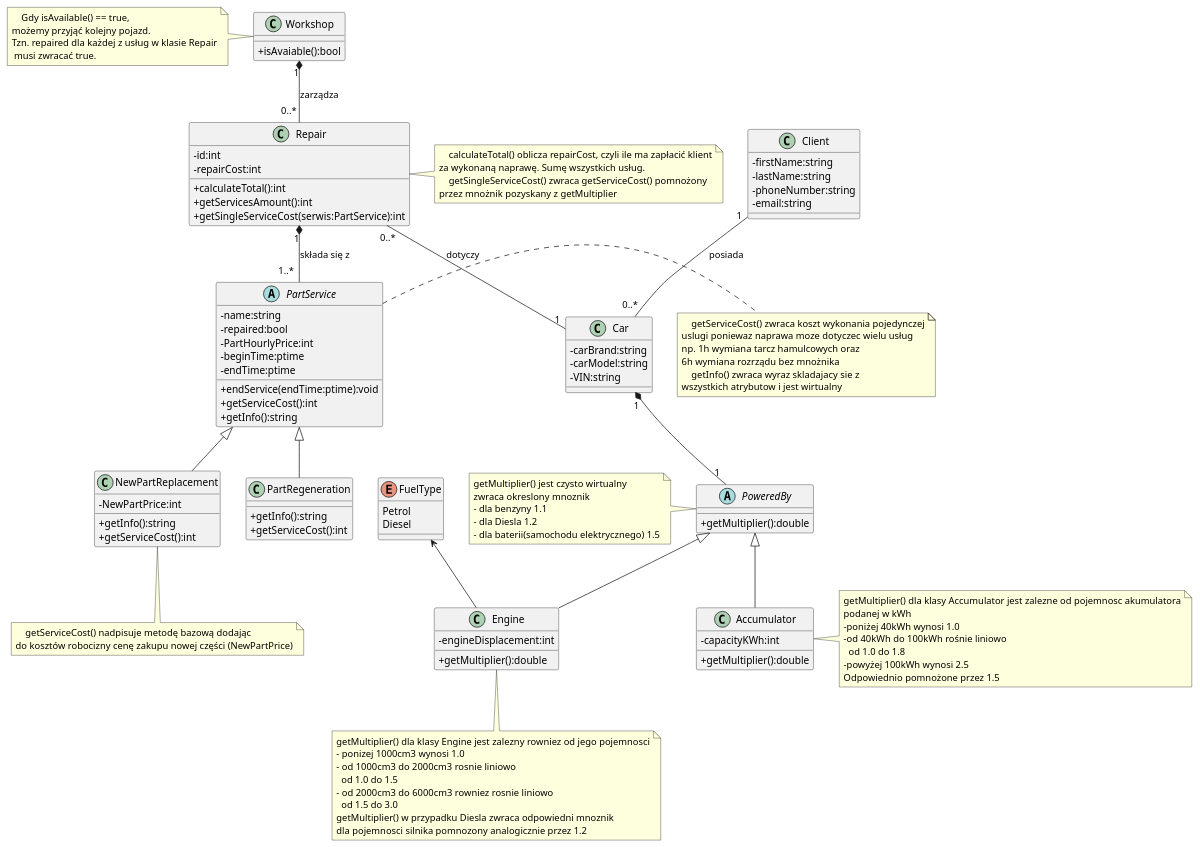
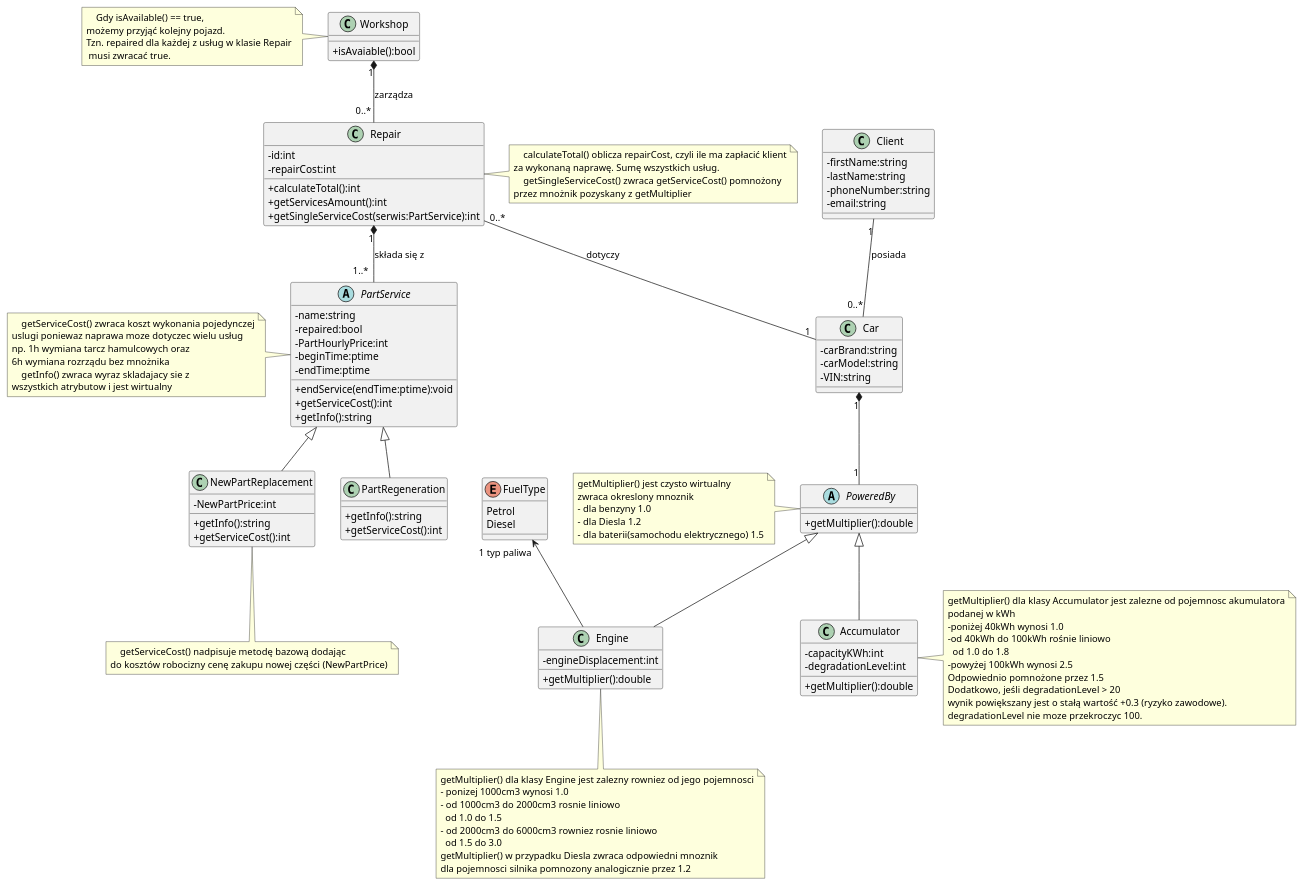
One commit to cyps0nik/pobi26 changed the diagram in uml/car_service.puml. Above: the diagram before and after it, drawn with PlantUML.

Commit message:
poprawak poprzedniego

```diff
--- a/uml/car_service.puml
+++ b/uml/car_service.puml
@@ -1,120 +1,124 @@
 @startuml
 'https://plantuml.com/class-diagram
 skinparam classAttributeIconSize 0
  class Car{
 - carBrand:string
 - carModel:string
 - VIN:string
 }
 
 class Client{
 - firstName:string
 - lastName:string
 - phoneNumber:string
 - email:string
 }
 class Workshop{
 +isAvaiable():bool
 }
 note left of Workshop
     Gdy isAvailable() == true,
 możemy przyjąć kolejny pojazd.
 Tzn. repaired dla każdej z usług w klasie Repair
  musi zwracać true.
 end note
 abstract PartService {
 -name:string
 -repaired:bool
 -PartHourlyPrice:int
 -beginTime:ptime
 -endTime:ptime
 +endService(endTime:ptime):void
 +getServiceCost():int
 +getInfo():string
 }
-note right of PartService
+note left of PartService
     getServiceCost() zwraca koszt wykonania pojedynczej
 uslugi poniewaz naprawa moze dotyczec wielu usług
 np. 1h wymiana tarcz hamulcowych oraz
 6h wymiana rozrządu bez mnożnika
     getInfo() zwraca wyraz skladajacy sie z
 wszystkich atrybutow i jest wirtualny
 end note
 class PartRegeneration{
 +getInfo():string
 +getServiceCost():int
 }
 class NewPartReplacement{
 -NewPartPrice:int
 +getInfo():string
 +getServiceCost():int
 }
 note bottom of NewPartReplacement
     getServiceCost() nadpisuje metodę bazową dodając
 do kosztów robocizny cenę zakupu nowej części (NewPartPrice)
 end note
 class Repair{
 -id:int
 -repairCost:int
 +calculateTotal():int
 +getServicesAmount():int
 +getSingleServiceCost(serwis:PartService):int
 }
 note right of Repair
     calculateTotal() oblicza repairCost, czyli ile ma zapłacić klient
 za wykonaną naprawę. Sumę wszystkich usług.
     getSingleServiceCost() zwraca getServiceCost() pomnożony
 przez mnożnik pozyskany z getMultiplier
 end note
 abstract PoweredBy{
 +getMultiplier():double
 }
 note left of PoweredBy
 getMultiplier() jest czysto wirtualny
 zwraca okreslony mnoznik
-- dla benzyny 1.1
+- dla benzyny 1.0
 - dla Diesla 1.2
 - dla baterii(samochodu elektrycznego) 1.5
 end note
 class Engine{
 -engineDisplacement:int
 +getMultiplier():double
 }
 enum FuelType{
 Petrol
 Diesel
 }
 note bottom of Engine
 getMultiplier() dla klasy Engine jest zalezny rowniez od jego pojemnosci
 - ponizej 1000cm3 wynosi 1.0
 - od 1000cm3 do 2000cm3 rosnie liniowo
   od 1.0 do 1.5
 - od 2000cm3 do 6000cm3 rowniez rosnie liniowo
   od 1.5 do 3.0
 getMultiplier() w przypadku Diesla zwraca odpowiedni mnoznik
 dla pojemnosci silnika pomnozony analogicznie przez 1.2
 end note
 class Accumulator{
 -capacityKWh:int
+-degradationLevel:int
 +getMultiplier():double
 }
 note right of Accumulator
 getMultiplier() dla klasy Accumulator jest zalezne od pojemnosc akumulatora
 podanej w kWh
 -poniżej 40kWh wynosi 1.0
 -od 40kWh do 100kWh rośnie liniowo
   od 1.0 do 1.8
 -powyżej 100kWh wynosi 2.5
 Odpowiednio pomnożone przez 1.5
+Dodatkowo, jeśli degradationLevel > 20
+wynik powiększany jest o stałą wartość +0.3 (ryzyko zawodowe).
+degradationLevel nie moze przekroczyc 100.
 end note
 Workshop "1" *-- "0..* " Repair : zarządza
 Client "1" -- "0..*" Car : posiada
 Repair "0..*" -- "1" Car : dotyczy
 Repair "1" *-- "1..*  " PartService : składa się z
 PartService <|-- NewPartReplacement
 PartService <|-- PartRegeneration
 Car"1" *-- "1"PoweredBy
 PoweredBy <|-- Engine
 PoweredBy <|-- Accumulator
-FuelType <-- Engine
+FuelType"1 typ paliwa" <-- Engine
 @enduml
```
